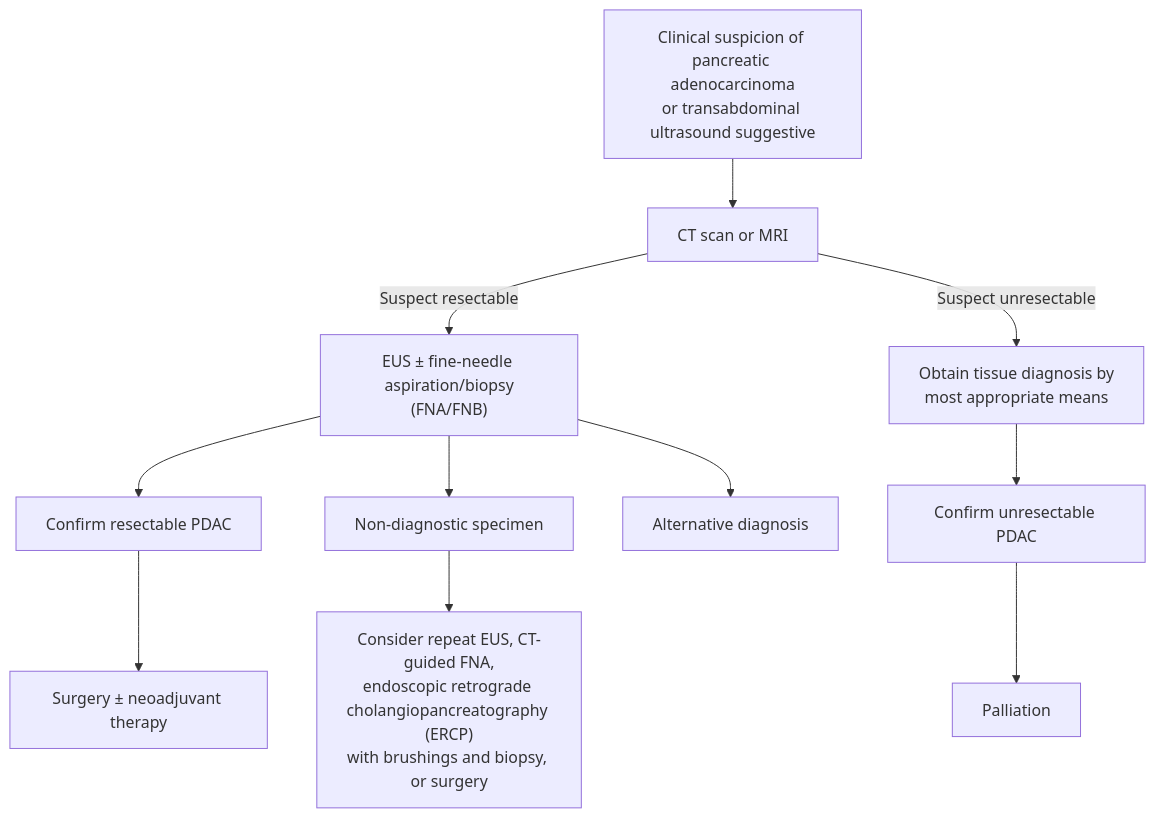
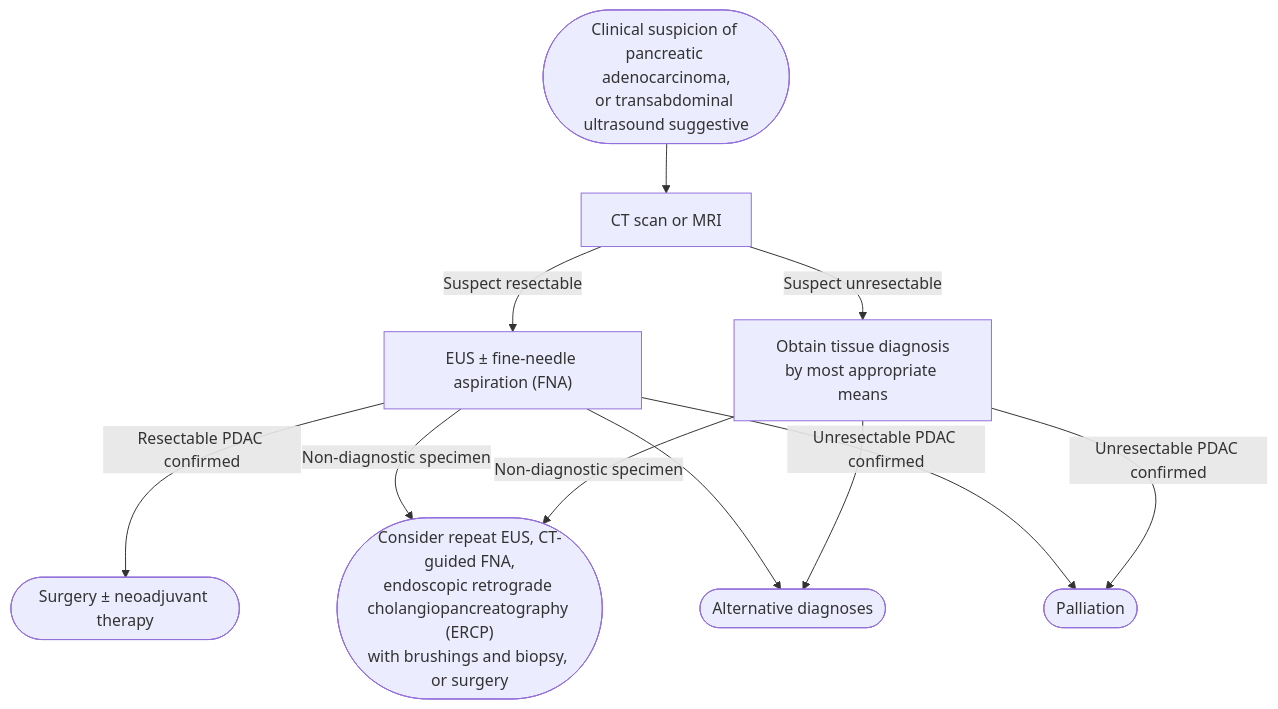
Before and after one commit to KHNickLeMD/KHNL-GI-Wiki: the diagram in KHNL-GI-Wiki/wiki/1-disease-scripts/pancreaticobiliary-diseases/pancreatic-cancer.md, drawn with Mermaid. The commit also changed other lines of this file and 5 other files, not shown here.

Commit message:
lint: quality review — pancreatic cancer reviewed + verified (ASGE 2016 stent preference over SUSTENT survival rule; Figure 1 arrows restored); AASLD 2018/2021 PBC and Gerussi 2026 Delphi source pages verified; UDCA Table 1 signs fixed; log

````diff
--- a/KHNL-GI-Wiki/wiki/1-disease-scripts/pancreaticobiliary-diseases/pancreatic-cancer.md
+++ b/KHNL-GI-Wiki/wiki/1-disease-scripts/pancreaticobiliary-diseases/pancreatic-cancer.md
@@ -112,13 +112,17 @@
 ```mermaid
 flowchart TD
-    A["Clinical suspicion of pancreatic adenocarcinoma<br/>or transabdominal ultrasound suggestive"] --> B["CT scan or MRI"]
-    B -->|"Suspect resectable"| C["EUS ± fine-needle aspiration/biopsy<br/>(FNA/FNB)"]
-    B -->|"Suspect unresectable"| D["Obtain tissue diagnosis by<br/>most appropriate means"]
-    C --> E["Confirm resectable PDAC"]
-    C --> F["Non-diagnostic specimen"]
-    C --> G["Alternative diagnosis"]
-    D --> H["Confirm unresectable PDAC"]
-    E --> I["Surgery ± neoadjuvant therapy"]
-    F --> J["Consider repeat EUS, CT-guided FNA,<br/>endoscopic retrograde cholangiopancreatography (ERCP)<br/>with brushings and biopsy, or surgery"]
-    H --> K["Palliation"]
+    A(["Clinical suspicion of pancreatic adenocarcinoma,<br/>or transabdominal ultrasound suggestive"]) --> B["CT scan or MRI"]
+    B -- "Suspect resectable" --> C["EUS ± fine-needle aspiration (FNA)"]
+    B -- "Suspect unresectable" --> D["Obtain tissue diagnosis<br/>by most appropriate means"]
+    C -- "Resectable PDAC confirmed" --> E(["Surgery ± neoadjuvant therapy"])
+    C -- "Non-diagnostic specimen" --> F(["Consider repeat EUS, CT-guided FNA,<br/>endoscopic retrograde cholangiopancreatography (ERCP)<br/>with brushings and biopsy, or surgery"])
+    D -- "Non-diagnostic specimen" --> F
+    C --> G(["Alternative diagnoses"])
+    D --> G
+    C -- "Unresectable PDAC confirmed" --> H(["Palliation"])
+    D -- "Unresectable PDAC confirmed" --> H
+    class A start
+    class B,C,D test
+    class E,F,H act
+    class G stop
 ```
````
